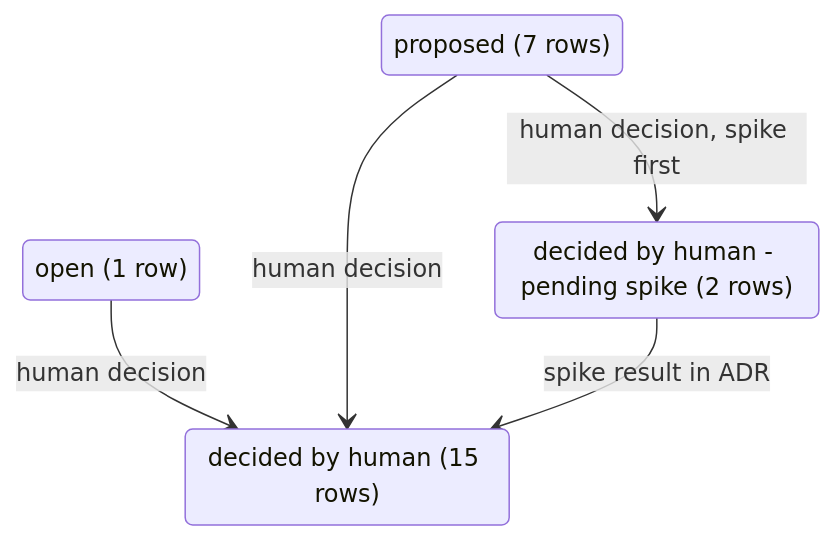
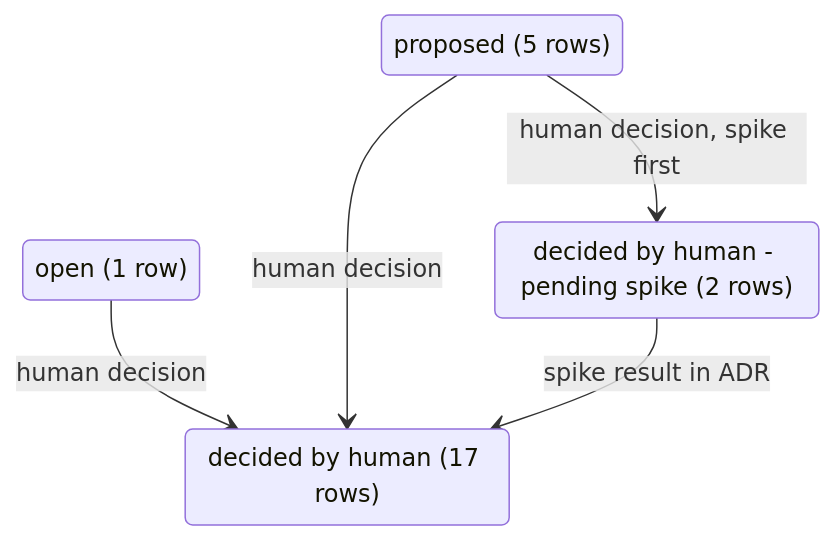
The third of 5 diagrams in docs/roadmap/PROPOSAL.md (virgenherrera/lan-solution-template), drawn with Mermaid before and after one commit. The commit also changed other lines of this file, not shown here.

First line of the commit message:
docs: close OQ3 and OQ7 as decided

````diff
--- a/docs/roadmap/PROPOSAL.md
+++ b/docs/roadmap/PROPOSAL.md
@@ -96,11 +96,11 @@
 ```mermaid
 stateDiagram-v2
-    state "proposed (7 rows)" as proposed
-    state "decided by human (15 rows)" as human_decision
+    state "proposed (5 rows)" as proposed
+    state "decided by human (17 rows)" as human_decision
     state "decided by human - pending spike (2 rows)" as pending_spike
     state "open (1 row)" as open_q
     open_q --> human_decision : human decision
     proposed --> human_decision : human decision
     proposed --> pending_spike : human decision, spike first
     pending_spike --> human_decision : spike result in ADR
 ```
````
